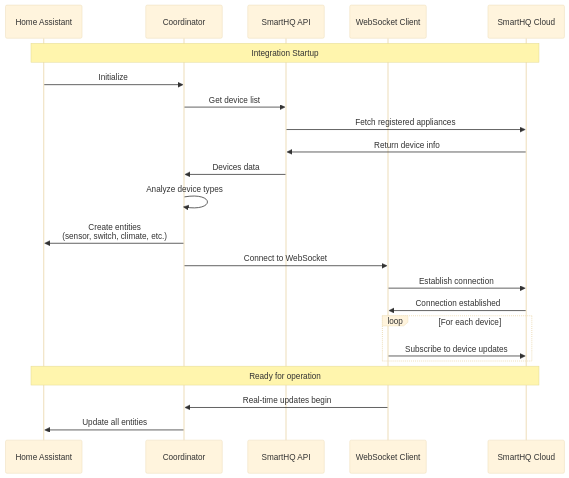
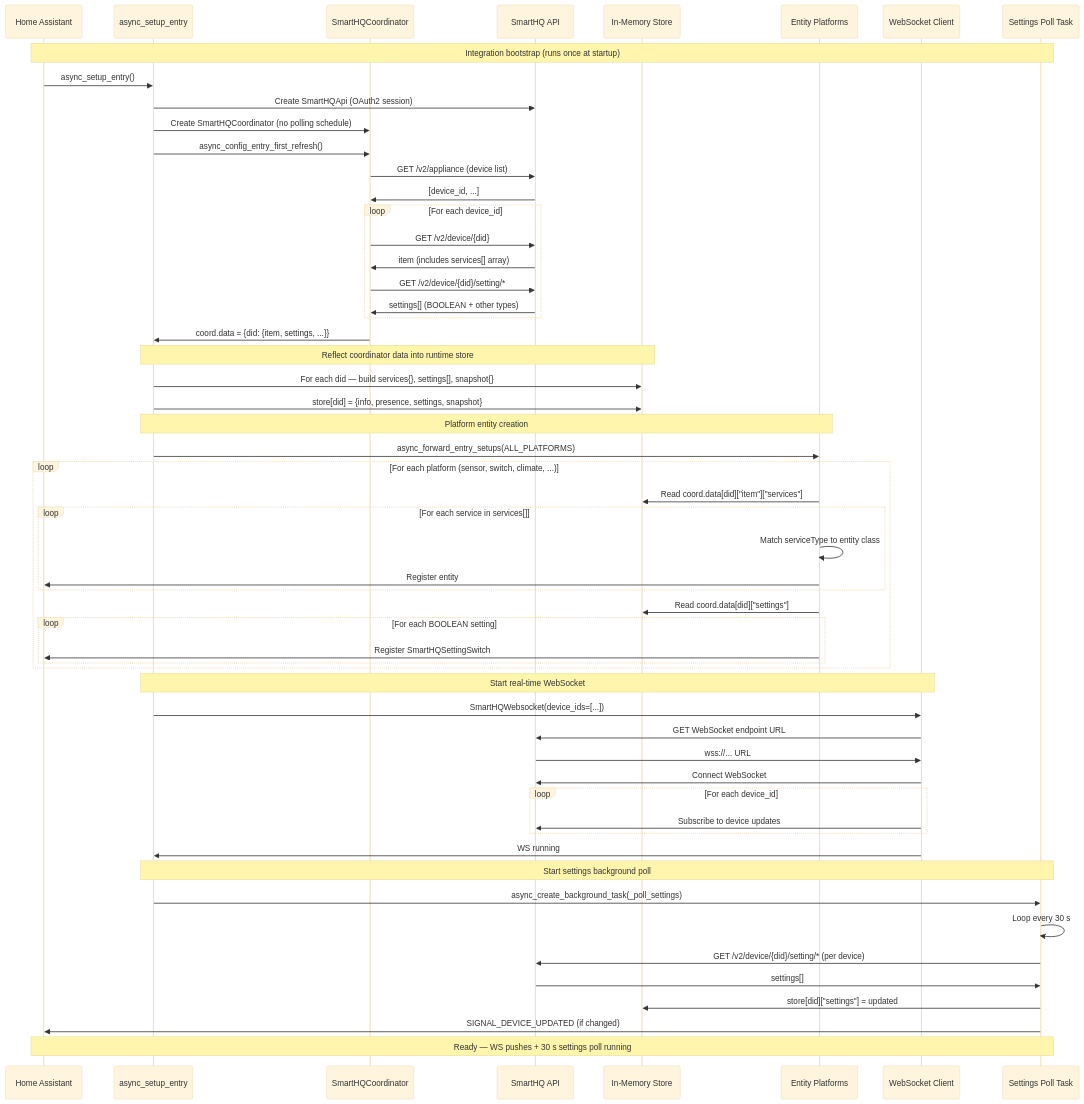
The fourth of 8 diagrams in docs/SEQUENCE_DIAGRAMS.md (geappliances/geappliances-smarthq-integration), drawn with Mermaid (base theme) before and after one commit. The commit also changed other lines of this file, not shown here.

First line of the commit message:
docs: update sequence diagrams for service-based architecture

````diff
--- a/docs/SEQUENCE_DIAGRAMS.md
+++ b/docs/SEQUENCE_DIAGRAMS.md
@@ -109,30 +132,69 @@
 ```mermaid
 sequenceDiagram
     participant HA as Home Assistant
-    participant Coordinator
+    participant Init as async_setup_entry
+    participant Coord as SmartHQCoordinator
     participant API as SmartHQ API
+    participant Store as In-Memory Store
+    participant Platforms as Entity Platforms
     participant WS as WebSocket Client
-    participant Cloud as SmartHQ Cloud
+    participant Poll as Settings Poll Task
 
-    Note over HA,Cloud: Integration Startup
-    HA->>Coordinator: Initialize
-    Coordinator->>API: Get device list
-    API->>Cloud: Fetch registered appliances
-    Cloud->>API: Return device info
-    API->>Coordinator: Devices data
-    
-    Coordinator->>Coordinator: Analyze device types
-    Coordinator->>HA: Create entities<br/>(sensor, switch, climate, etc.)
-    
-    Coordinator->>WS: Connect to WebSocket
-    WS->>Cloud: Establish connection
-    Cloud->>WS: Connection established
-    
-    loop For each device
-        WS->>Cloud: Subscribe to device updates
+    Note over HA,Poll: Integration bootstrap (runs once at startup)
+
+    HA->>Init: async_setup_entry()
+    Init->>API: Create SmartHQApi (OAuth2 session)
+    Init->>Coord: Create SmartHQCoordinator (no polling schedule)
+    Init->>Coord: async_config_entry_first_refresh()
+
+    Coord->>API: GET /v2/appliance (device list)
+    API->>Coord: [device_id, ...]
+
+    loop For each device_id
+        Coord->>API: GET /v2/device/{did}
+        API->>Coord: item (includes services[] array)
+        Coord->>API: GET /v2/device/{did}/setting/*
+        API->>Coord: settings[] (BOOLEAN + other types)
     end
-    
-    Note over HA,Cloud: Ready for operation
-    WS->>Coordinator: Real-time updates begin
-    Coordinator->>HA: Update all entities
+
+    Coord->>Init: coord.data = {did: {item, settings, ...}}
+
+    Note over Init,Store: Reflect coordinator data into runtime store
+    Init->>Store: For each did — build services{}, settings[], snapshot{}
+    Init->>Store: store[did] = {info, presence, settings, snapshot}
+
+    Note over Init,Platforms: Platform entity creation
+    Init->>Platforms: async_forward_entry_setups(ALL_PLATFORMS)
+
+    loop For each platform (sensor, switch, climate, ...)
+        Platforms->>Store: Read coord.data[did]["item"]["services"]
+        loop For each service in services[]
+            Platforms->>Platforms: Match serviceType to entity class
+            Platforms->>HA: Register entity
+        end
+        Platforms->>Store: Read coord.data[did]["settings"]
+        loop For each BOOLEAN setting
+            Platforms->>HA: Register SmartHQSettingSwitch
+        end
+    end
+
+    Note over Init,WS: Start real-time WebSocket
+    Init->>WS: SmartHQWebsocket(device_ids=[...])
+    WS->>API: GET WebSocket endpoint URL
+    API->>WS: wss://... URL
+    WS->>API: Connect WebSocket
+    loop For each device_id
+        WS->>API: Subscribe to device updates
+    end
+    WS->>Init: WS running
+
+    Note over Init,Poll: Start settings background poll
+    Init->>Poll: async_create_background_task(_poll_settings)
+    Poll->>Poll: Loop every 30 s
+    Poll->>API: GET /v2/device/{did}/setting/* (per device)
+    API->>Poll: settings[]
+    Poll->>Store: store[did]["settings"] = updated
+    Poll->>HA: SIGNAL_DEVICE_UPDATED (if changed)
+
+    Note over HA,Poll: Ready — WS pushes + 30 s settings poll running
 ```
````
